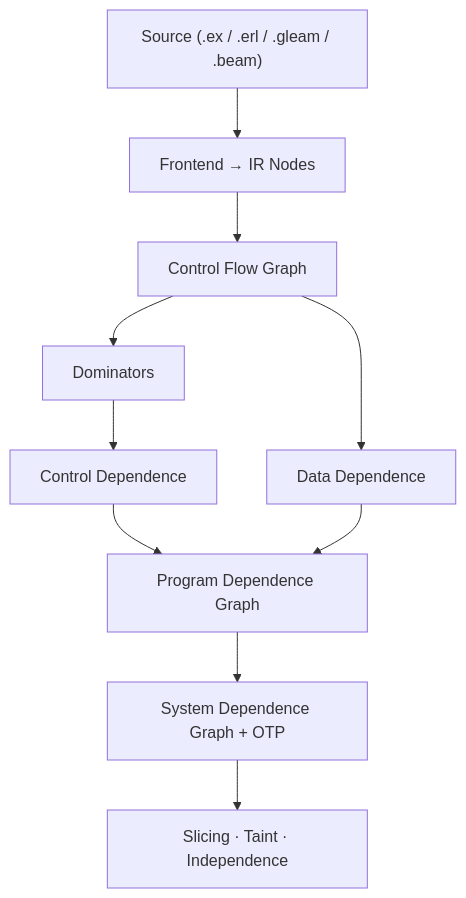
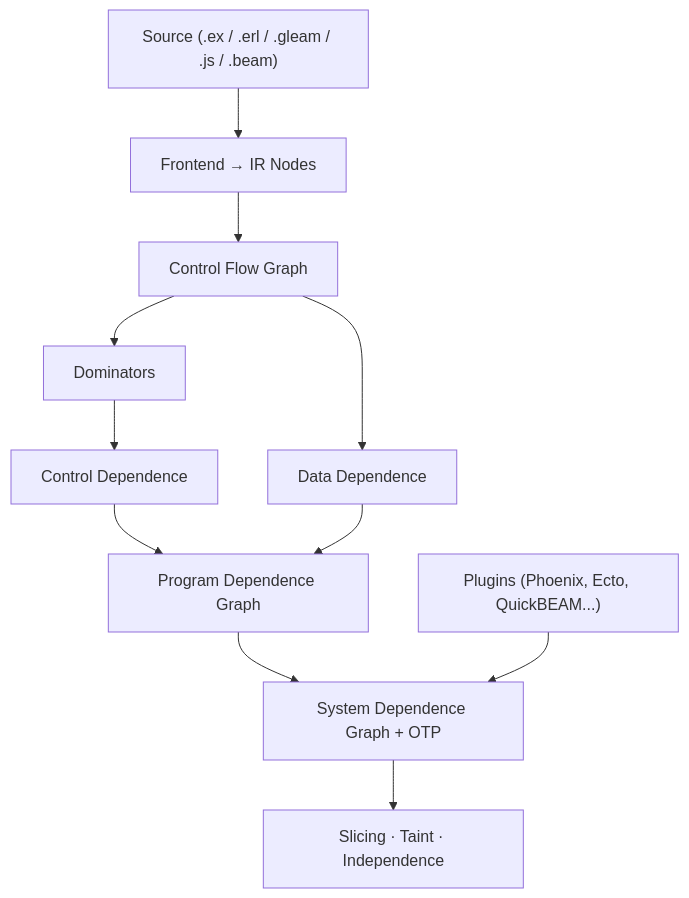
The diagram in README.md (dannote/reach), drawn with Mermaid before and after one commit. The commit also changed other lines of this file, not shown here.

Commit message:
Update README for JavaScript frontend and cross-language analysis

````diff
--- a/README.md
+++ b/README.md
@@ -293,13 +321,14 @@
 ```mermaid
 graph TD
-    Source["Source (.ex / .erl / .gleam / .beam)"] --> Frontend
+    Source["Source (.ex / .erl / .gleam / .js / .beam)"] --> Frontend
     Frontend["Frontend → IR Nodes"] --> CFG
     CFG["Control Flow Graph"] --> Dom
     Dom["Dominators"] --> CD
     CD["Control Dependence"] --> PDG
     CFG --> DD
     DD["Data Dependence"] --> PDG
     PDG["Program Dependence Graph"] --> SDG
     SDG["System Dependence Graph + OTP"] --> Query
+    Plugins["Plugins (Phoenix, Ecto, QuickBEAM...)"] --> SDG
     Query["Slicing · Taint · Independence"]
 ```
````
